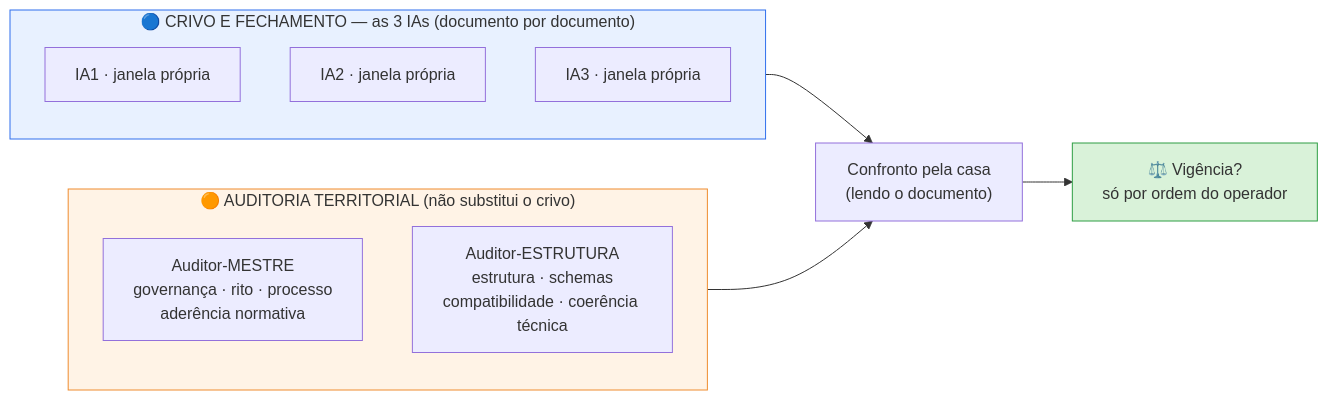
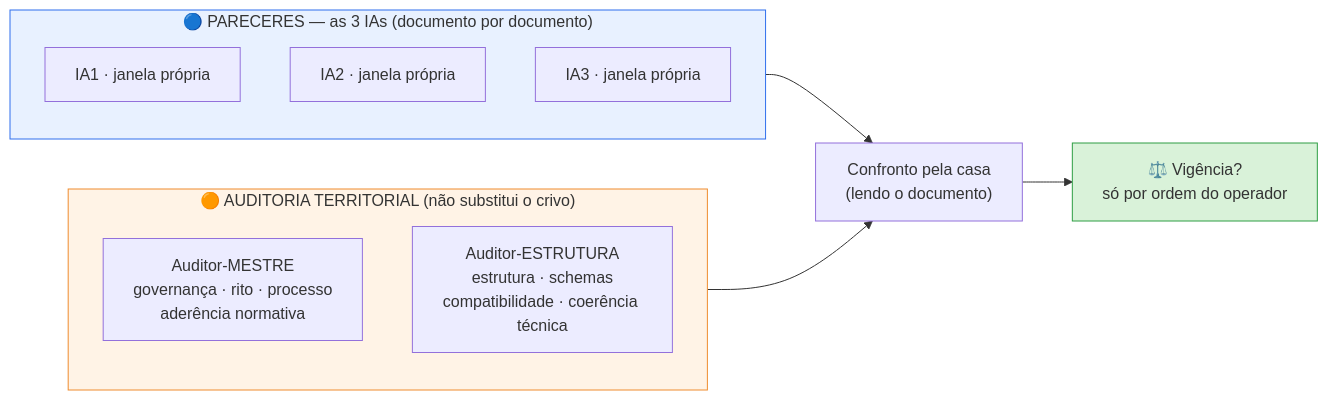
Before and after one commit to alexandresgda2013-crypto/plataforma-saude-clinica: the diagram in ENTREGAS/2026-09-30_CRIVO_LIVRETOS/LIVRETO_02_PROTOCOLO_ESCOPO_B1_2026-09-30.md, drawn with Mermaid. The commit also changed other lines of this file and 6 other files, not shown here.

Commit message:
Crivo documental: auditor atribuido por ponto de verificacao (territorio do ponto); textos dos Livretos 2-4 alinhados ao FLUXO; registro no ONDE_PARAMOS e no CHANGELOG

````diff
--- a/ENTREGAS/2026-09-30_CRIVO_LIVRETOS/LIVRETO_02_PROTOCOLO_ESCOPO_B1_2026-09-30.md
+++ b/ENTREGAS/2026-09-30_CRIVO_LIVRETOS/LIVRETO_02_PROTOCOLO_ESCOPO_B1_2026-09-30.md
@@ -22,20 +22,20 @@
 ```mermaid
 flowchart LR
-    subgraph IAS["🔵 CRIVO E FECHAMENTO — as 3 IAs (documento por documento)"]
+    subgraph IAS["🔵 PARECERES — as 3 IAs (documento por documento)"]
         direction TB
         I1["IA1 · janela própria"]
         I2["IA2 · janela própria"]
         I3["IA3 · janela própria"]
     end
     subgraph AUD["🟠 AUDITORIA TERRITORIAL (não substitui o crivo)"]
         direction TB
         M["Auditor-MESTRE<br/>governança · rito · processo<br/>aderência normativa"]
         E["Auditor-ESTRUTURA<br/>estrutura · schemas<br/>compatibilidade · coerência técnica"]
     end
     IAS --> R["Confronto pela casa<br/>(lendo o documento)"]
     AUD --> R
     R --> V["⚖️ Vigência?<br/>só por ordem do operador"]
     style IAS fill:#e8f1ff,stroke:#2f6fed
     style AUD fill:#fff3e6,stroke:#ef8c2f
     style V fill:#d9f2d9,stroke:#2e9e44
 ```
````
